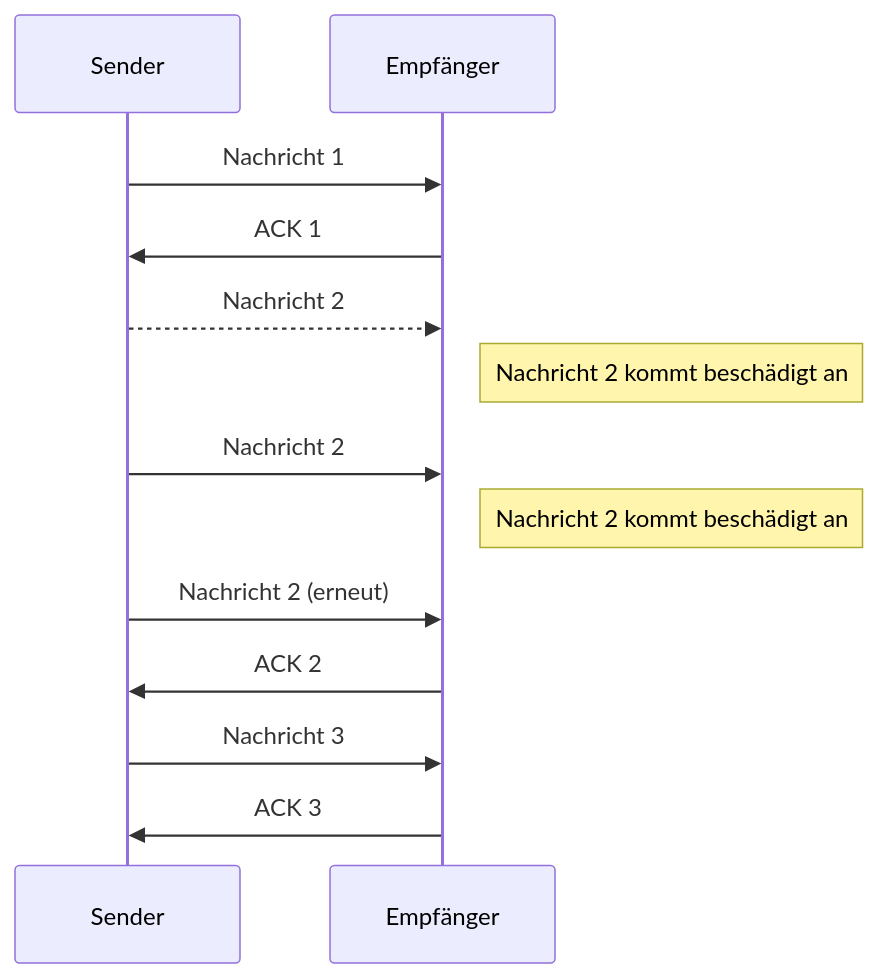
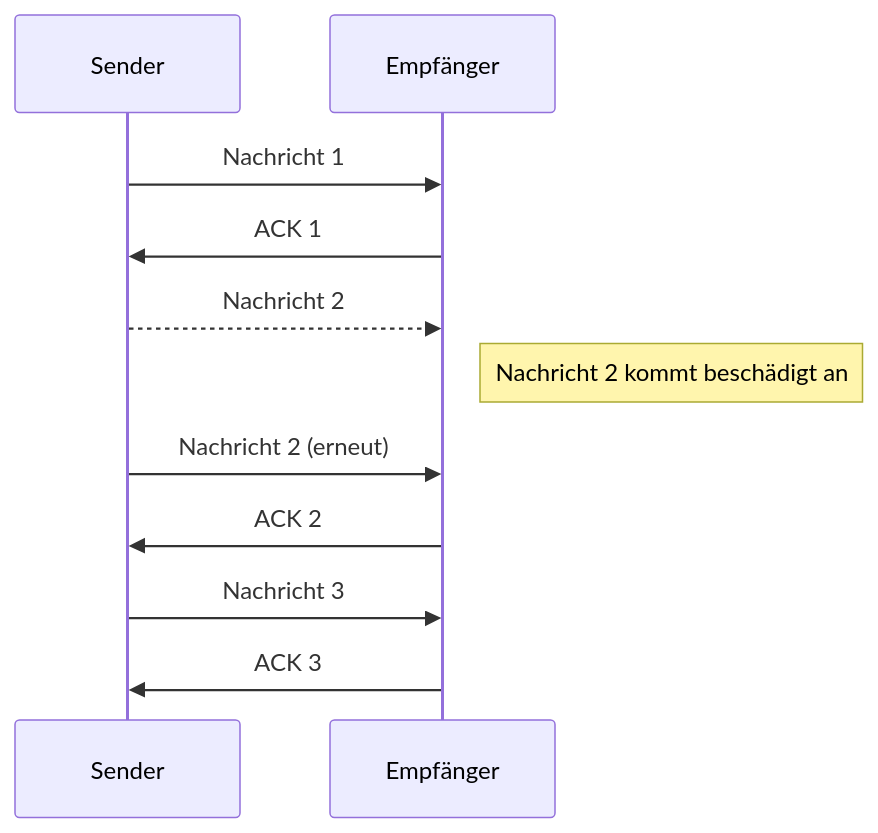
Before and after one commit to noluyorAbi/quartzDeployment: the ninth of 9 diagrams in content/4.Semester/Informatik/RNVS/RNVS-Übungblätter/ÜB 04/RNVS-Blatt-04.md, drawn with Mermaid. The commit also changed 5 other files, not shown here.

````diff
--- a/content/4.Semester/Informatik/RNVS/RNVS-Übungblätter/ÜB 04/RNVS-Blatt-04.md
+++ b/content/4.Semester/Informatik/RNVS/RNVS-Übungblätter/ÜB 04/RNVS-Blatt-04.md
@@ -229,19 +229,16 @@
 ```mermaid
 	sequenceDiagram
     participant S as Sender
     participant E as Empfänger
 
     S ->> E: Nachricht 1
     E ->> S: ACK 1
 
 	S -->> E: Nachricht 2
     note right of E: Nachricht 2 kommt beschädigt an
 
-	S ->> E: Nachricht 2
-    note right of E: Nachricht 2 kommt beschädigt an
-
     S ->> E: Nachricht 2 (erneut)
     E ->> S: ACK 2
     S ->> E: Nachricht 3
     E ->> S: ACK 3
 ```
````
